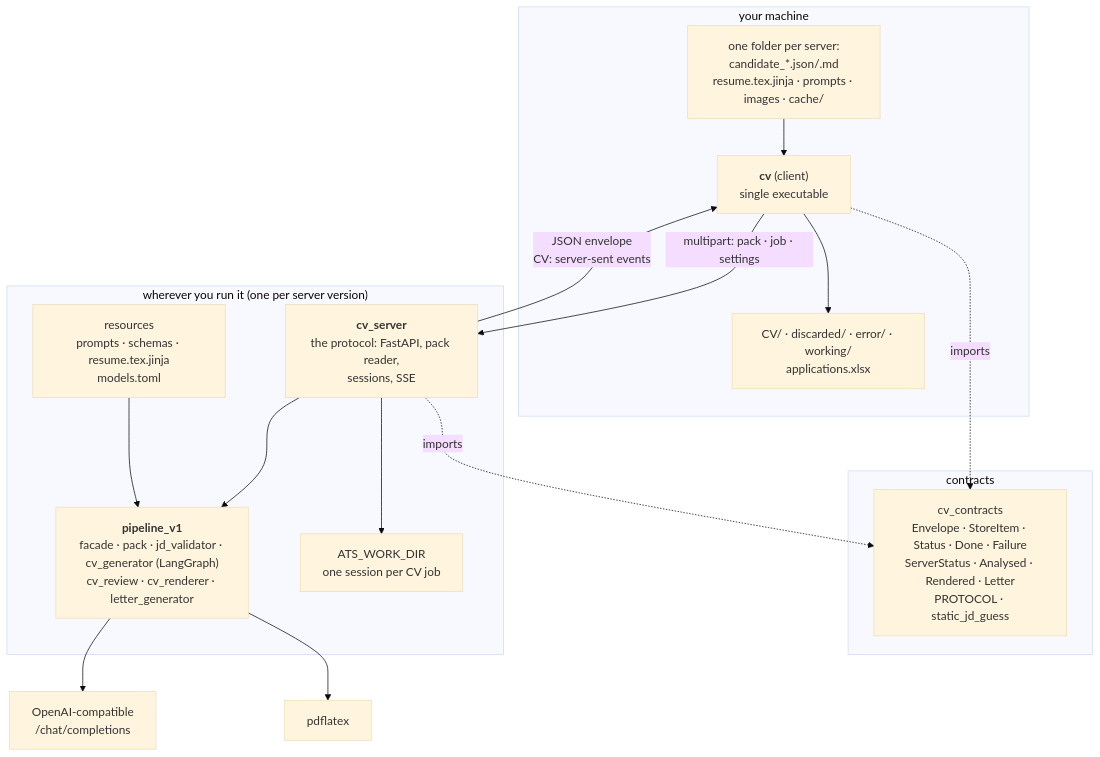
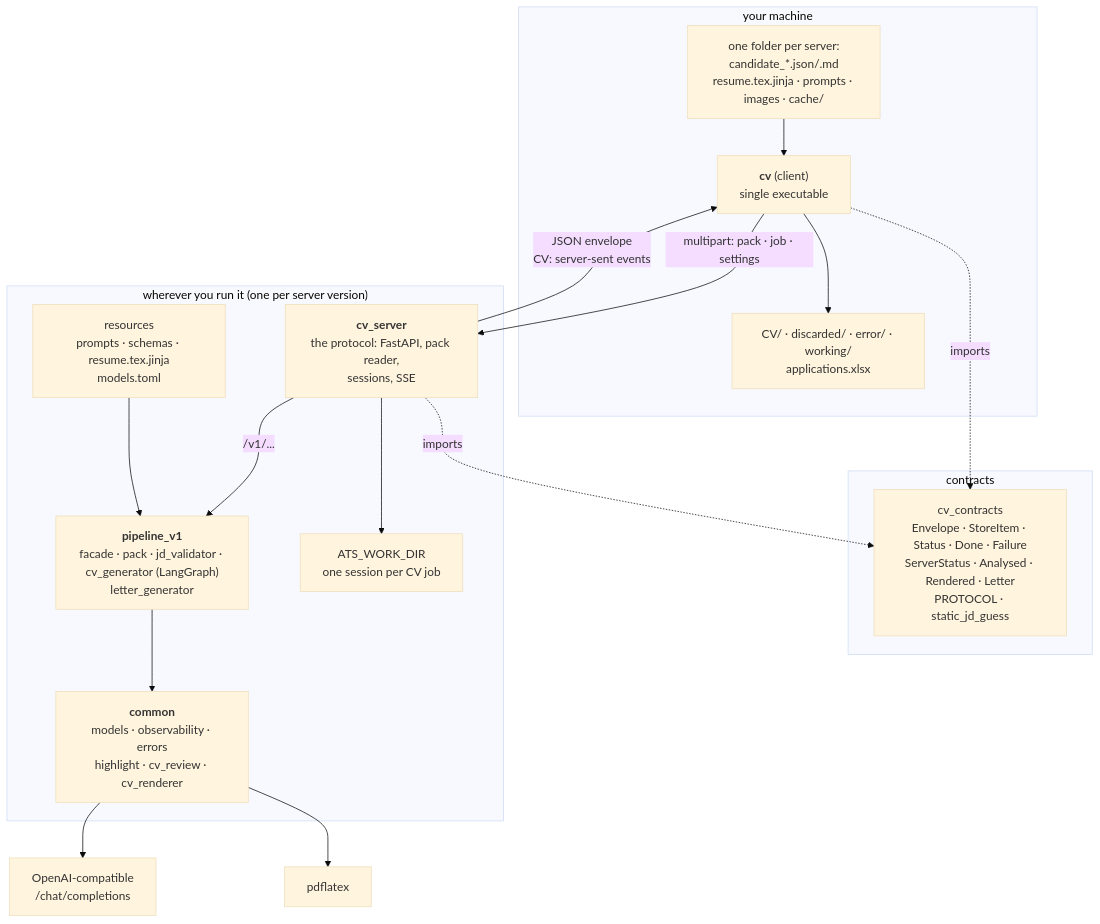
The first of 2 diagrams in doc/architecture.md (gcontini/ats-strike), drawn with Mermaid (base theme) before and after one commit. The commit also changed other lines of this file and 86 other files, not shown here.

````diff
--- a/doc/architecture.md
+++ b/doc/architecture.md
@@ -5,34 +5,36 @@
 ```mermaid
 flowchart TB
     subgraph your["your machine"]
         CLI["<b>cv</b> (client)<br/>single executable"]
         FILES["one folder per server:<br/>candidate_*.json/.md<br/>resume.tex.jinja · prompts · images · cache/"]
         OUT["CV/ · discarded/ · error/ · working/<br/>applications.xlsx"]
         FILES --> CLI
         CLI --> OUT
     end
 
     subgraph wire["contracts"]
         CT["cv_contracts<br/>Envelope · StoreItem · Status · Done · Failure<br/>ServerStatus · Analysed · Rendered · Letter<br/>PROTOCOL · static_jd_guess"]
     end
 
     subgraph host["wherever you run it (one per server version)"]
         API["<b>cv_server</b><br/>the protocol: FastAPI, pack reader,<br/>sessions, SSE"]
-        PIPE["<b>pipeline_v1</b><br/>facade · pack · jd_validator · cv_generator (LangGraph)<br/>cv_review · cv_renderer · letter_generator"]
+        PIPE["<b>pipeline_v1</b><br/>facade · pack · jd_validator · cv_generator (LangGraph)<br/>letter_generator"]
+        COMMON["<b>common</b><br/>models · observability · errors<br/>highlight · cv_review · cv_renderer"]
         RES["resources<br/>prompts · schemas · resume.tex.jinja<br/>models.toml"]
         STORE["ATS_WORK_DIR<br/>one session per CV job"]
-        API --> PIPE
+        API -->|"/v1/..."| PIPE
+        PIPE --> COMMON
         RES --> PIPE
         API --> STORE
     end
 
     PROV["OpenAI-compatible<br/>/chat/completions"]
     TEX["pdflatex"]
 
     CLI -->|"multipart: pack · job · settings"| API
     API -->|"JSON envelope<br/>CV: server-sent events"| CLI
     CLI -.imports.-> CT
     API -.imports.-> CT
-    PIPE --> PROV
-    PIPE --> TEX
+    COMMON --> PROV
+    COMMON --> TEX
 ```
````
